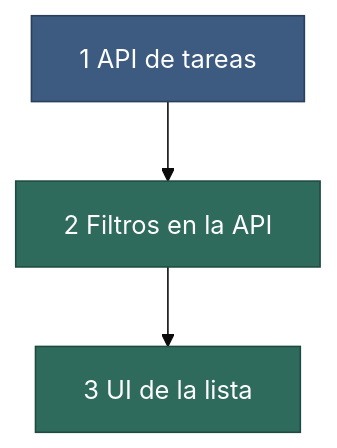
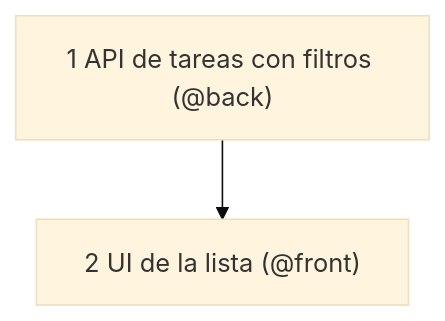
Before and after one commit to TomasCDG/dev-guidelines: the diagram in examples/mini-proyecto/work/tasks/task-1-listado-tareas/README.md, drawn with Mermaid (base theme). The commit also changed other lines of this file and 93 other files, not shown here.

````diff
--- a/examples/mini-proyecto/work/tasks/task-1-listado-tareas/README.md
+++ b/examples/mini-proyecto/work/tasks/task-1-listado-tareas/README.md
@@ -34,10 +34,4 @@
 ```mermaid
 flowchart TD
-    s1["1 API de tareas"] --> s2["2 Filtros en la API"]
-    s2 --> s3["3 UI de la lista"]
-
-    classDef frame fill:#3d5a80,stroke:#2a3f5a,color:#ffffff
-    classDef feat fill:#2f6b5c,stroke:#1f4a3f,color:#ffffff
-    class s1 frame
-    class s2,s3 feat
+    s1["1 API de tareas con filtros (@back)"] --> s2["2 UI de la lista (@front)"]
 ```
````
